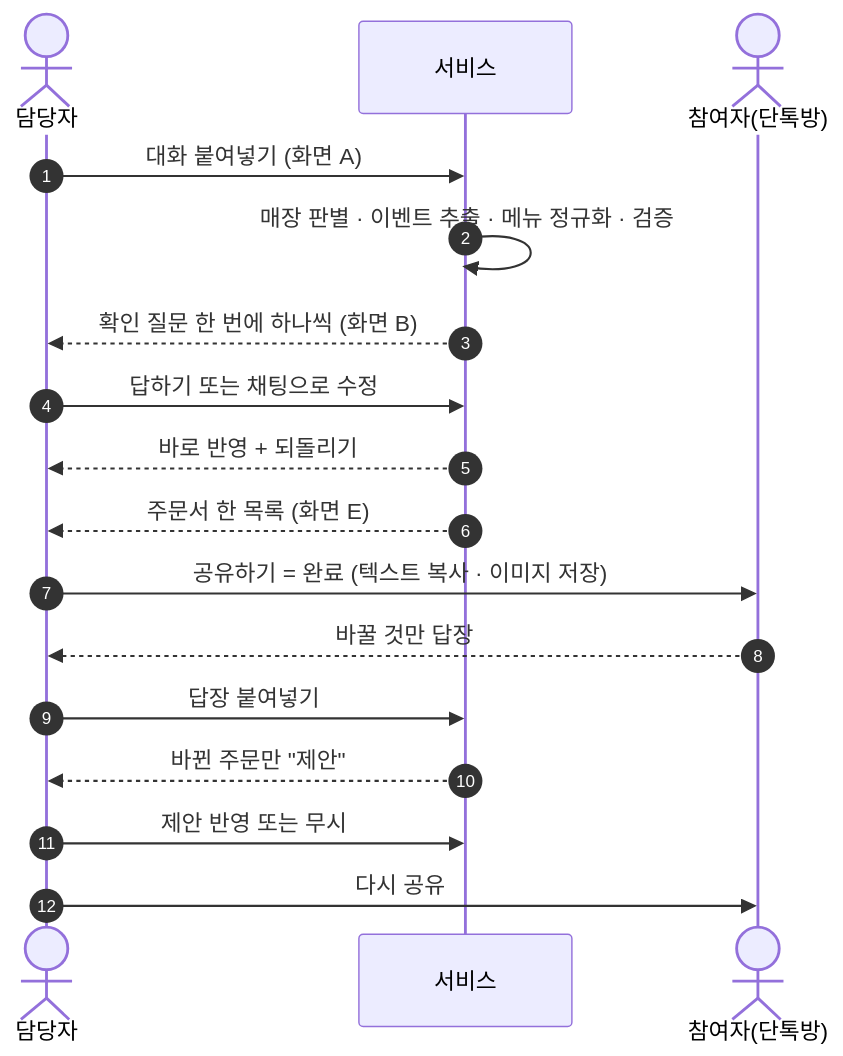
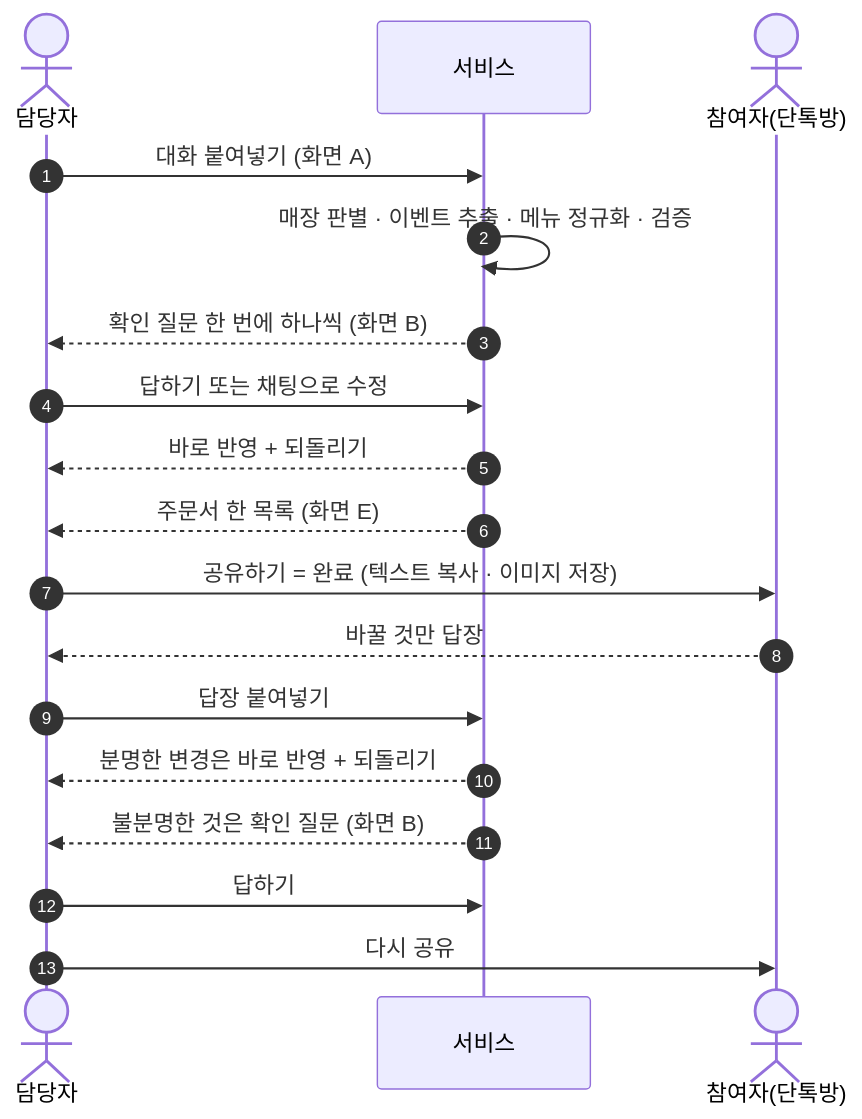
One commit to 931njhthe-star/moa changed the second of 10 diagrams in docs/PRD.md. Above: the diagram before and after it, drawn with Mermaid. The commit also changed other lines of this file, not shown here.

````diff
--- a/docs/PRD.md
+++ b/docs/PRD.md
@@ -83,20 +86,21 @@
 ```mermaid
 sequenceDiagram
     autonumber
     actor 담당자
     participant 서비스
     actor 참여자 as 참여자(단톡방)
 
     담당자->>서비스: 대화 붙여넣기 (화면 A)
     서비스->>서비스: 매장 판별 · 이벤트 추출 · 메뉴 정규화 · 검증
     서비스-->>담당자: 확인 질문 한 번에 하나씩 (화면 B)
     담당자->>서비스: 답하기 또는 채팅으로 수정
     서비스-->>담당자: 바로 반영 + 되돌리기
     서비스-->>담당자: 주문서 한 목록 (화면 E)
     담당자->>참여자: 공유하기 = 완료 (텍스트 복사 · 이미지 저장)
     참여자-->>담당자: 바꿀 것만 답장
     담당자->>서비스: 답장 붙여넣기
-    서비스-->>담당자: 바뀐 주문만 "제안"
-    담당자->>서비스: 제안 반영 또는 무시
+    서비스-->>담당자: 분명한 변경은 바로 반영 + 되돌리기
+    서비스-->>담당자: 불분명한 것은 확인 질문 (화면 B)
+    담당자->>서비스: 답하기
     담당자->>참여자: 다시 공유
 ```
````
